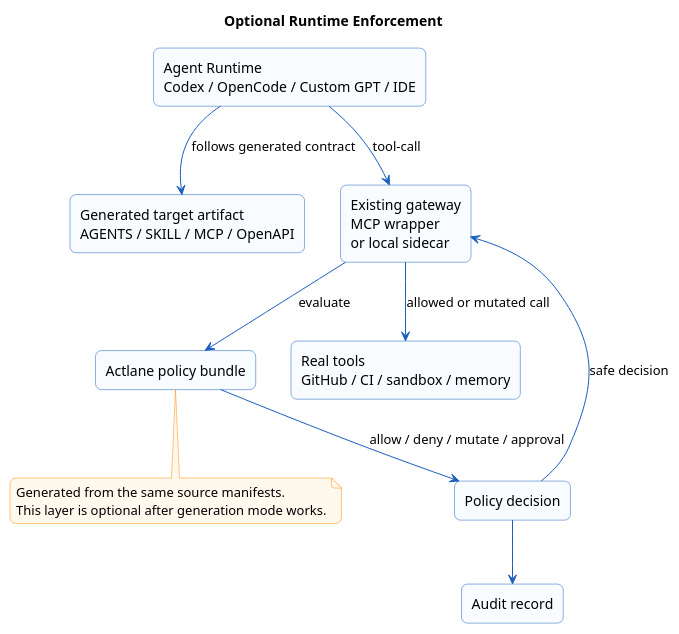
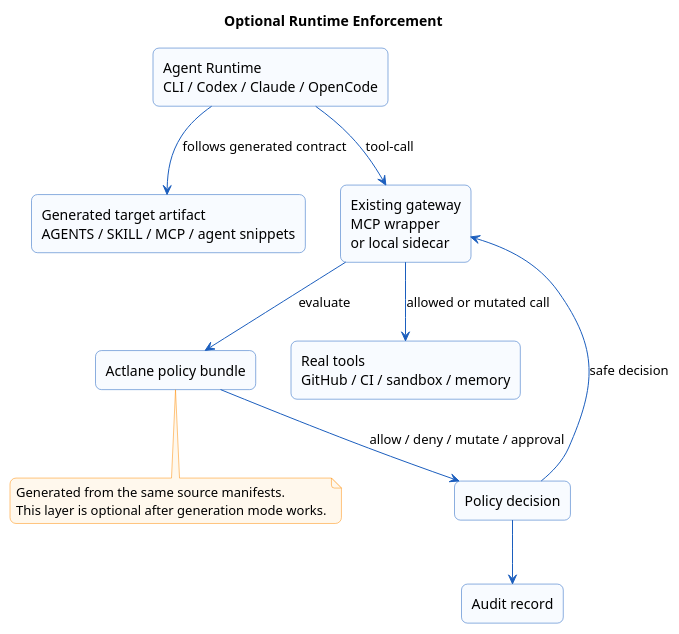
One commit to bakaut/actlane changed the diagram in diagrams/plantuml/optional-runtime-enforcement.puml. Above: the diagram before and after it, drawn with PlantUML. The commit also changed 49 other files, not shown here.

```diff
--- a/diagrams/plantuml/optional-runtime-enforcement.puml
+++ b/diagrams/plantuml/optional-runtime-enforcement.puml
@@ -1,33 +1,33 @@
 @startuml
 skinparam backgroundColor #FFFFFF
 skinparam shadowing false
 skinparam roundcorner 12
 skinparam ArrowColor #1B5EBE
 skinparam RectangleBorderColor #1B5EBE
 skinparam RectangleBackgroundColor #F8FBFF
 skinparam NoteBackgroundColor #FFF8ED
 skinparam NoteBorderColor #FF8A00
 
 title Optional Runtime Enforcement
 
-rectangle "Agent Runtime\nCodex / OpenCode / Custom GPT / IDE" as agent
-rectangle "Generated target artifact\nAGENTS / SKILL / MCP / OpenAPI" as artifact
+rectangle "Agent Runtime\nCLI / Codex / Claude / OpenCode" as agent
+rectangle "Generated target artifact\nAGENTS / SKILL / MCP / agent snippets" as artifact
 rectangle "Existing gateway\nMCP wrapper\nor local sidecar" as gateway
 rectangle "Actlane policy bundle" as policy
 rectangle "Policy decision" as decision
 rectangle "Real tools\nGitHub / CI / sandbox / memory" as tools
 rectangle "Audit record" as audit
 
 agent --> artifact : follows generated contract
 agent --> gateway : tool-call
 gateway --> policy : evaluate
 policy --> decision : allow / deny / mutate / approval
 decision --> gateway : safe decision
 gateway --> tools : allowed or mutated call
 decision --> audit
 
 note bottom of policy
 Generated from the same source manifests.
 This layer is optional after generation mode works.
 end note
 @enduml
```
